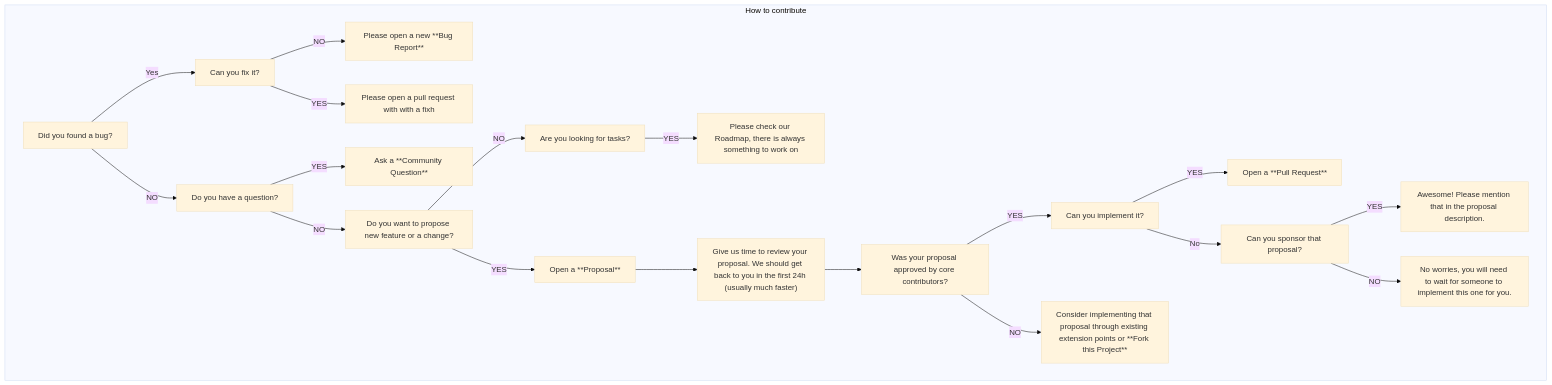
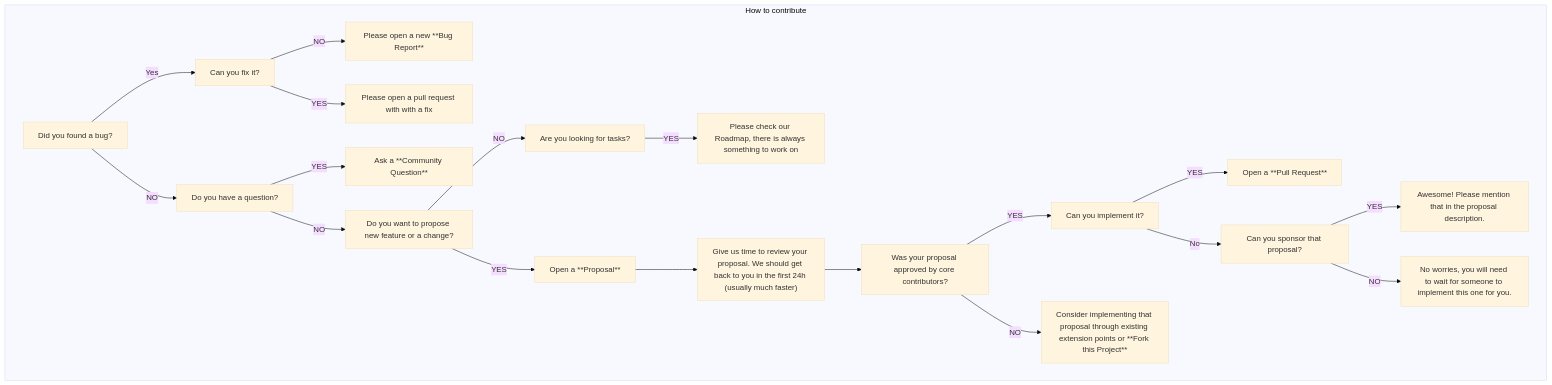
One commit to flow-php/flow changed the diagram in documentation/contributing.md. Above: the diagram before and after it, drawn with Mermaid (base theme). The commit also changed other lines of this file and 1 other file, not shown here.

Commit message:
Fix contributing/installation documentation missing latest references, some typos

````diff
--- a/documentation/contributing.md
+++ b/documentation/contributing.md
@@ -5,34 +5,34 @@
 ```mermaid
 flowchart TD
     subgraph "How to contribute"
 
         is-a-bug[Did you found a bug?]
         is-a-bug -->|Yes| can-you-fix-it[Can you fix it?]
         is-a-bug -->|NO| is-a-question[Do you have a question?]
         can-you-fix-it -->|NO| report[Please open a new **Bug Report**]
-        can-you-fix-it -->|YES| bug-fix[Please open a pull request with with a fixh]
+        can-you-fix-it -->|YES| bug-fix[Please open a pull request with with a fix]
 
 
         is-a-question -->|YES| go-to-discord[Ask a **Community Question**]
         is-a-question -->|NO| is-a-proposal[Do you want to propose new feature or a change?]
 
         is-a-proposal -->|NO| looking-for-tasks[Are you looking for tasks?]
 
         looking-for-tasks -->|YES| check-roadmap[Please check our Roadmap, there is always something to work on]
 
         is-a-proposal -->|YES| open-a-proposal[Open a **Proposal**]
 
         open-a-proposal --> wait-for-proposal-review["Give us time to review your proposal. We should get back to you in the first 24h (usually much faster)"]
 
         wait-for-proposal-review --> is-proposal-approved[Was your proposal approved by core contributors?]
 
         is-proposal-approved -->|YES| can-you-implement-it[Can you implement it?]
         is-proposal-approved -->|NO| proposal-rejected[Consider implementing that proposal through existing extension points or **Fork this Project**]
 
         can-you-implement-it -->|YES| submit-a-pr[Open a **Pull Request**]
         can-you-implement-it -->|No| can-you-sponsor[Can you sponsor that proposal?]
 
         can-you-sponsor -->|YES| sponsor-proposal[Awesome! Please mention that in the proposal description.]
         can-you-sponsor -->|NO| wait-for-others[No worries, you will need to wait for someone to implement this one for you.]
     end
 ```
````
